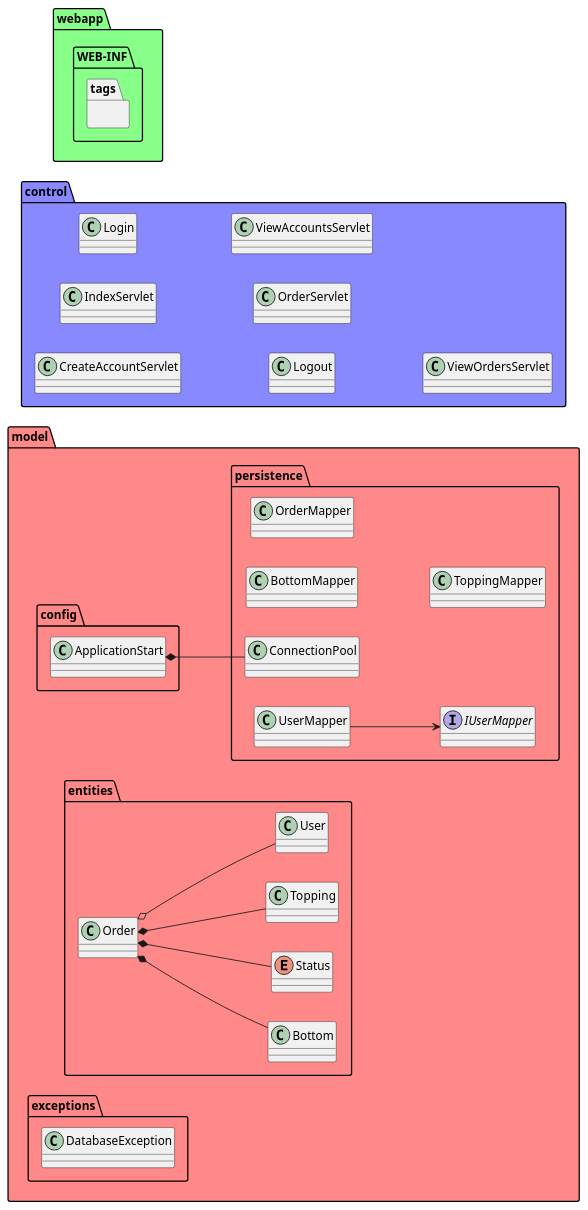
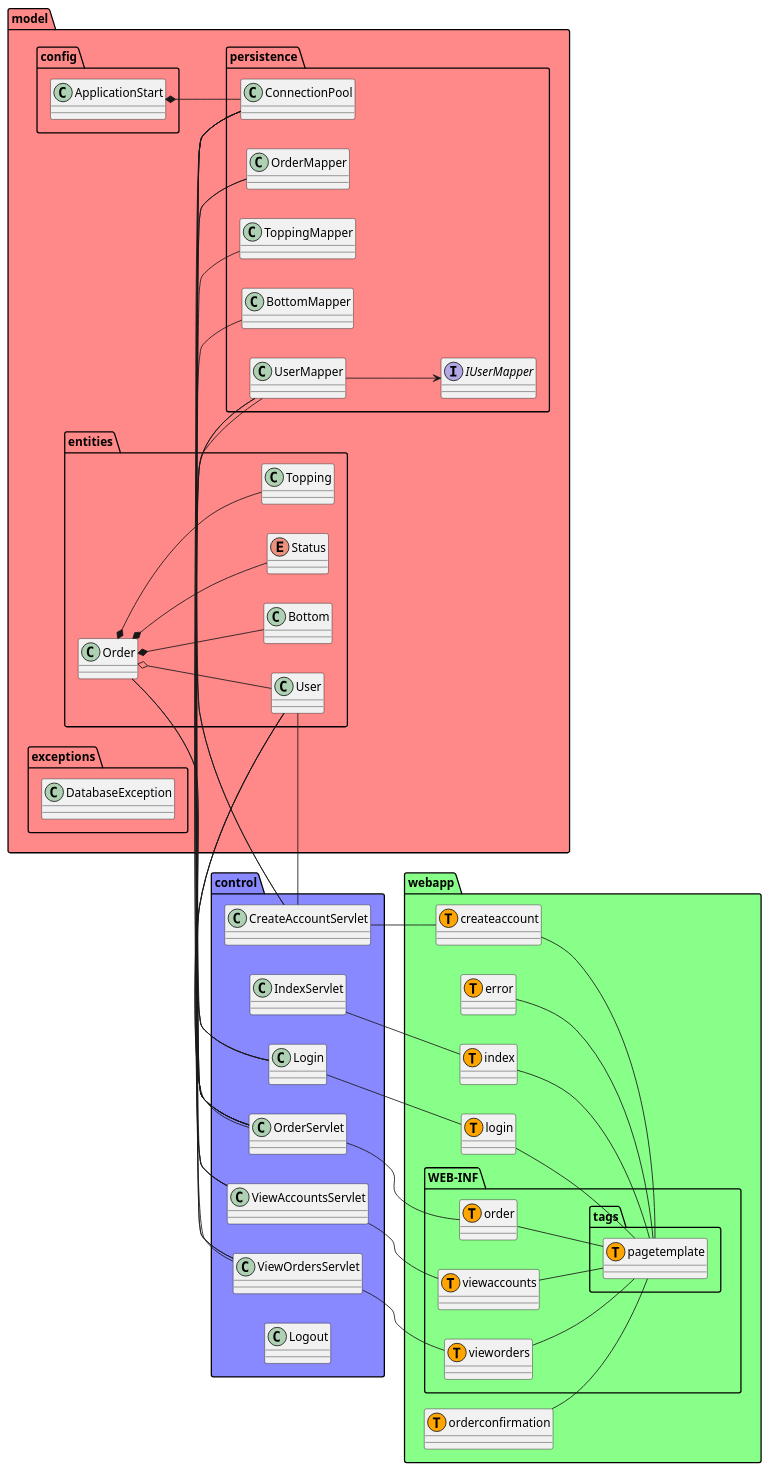
One commit to DeRp-DaWg/CupcakeProjekt changed the diagram in documentation/Domænemodel.puml. Above: the diagram before and after it, drawn with PlantUML. The commit also changed 8 other files, not shown here.

```diff
--- a/documentation/Domænemodel.puml
+++ b/documentation/Domænemodel.puml
@@ -1,71 +1,120 @@
 @startuml
 'https://plantuml.com/class-diagram
 left to right direction
 package model #FF8888 {
     package config {
         class ApplicationStart {
         }
     }
     package entities {
         class Bottom {
         }
         class Order {
         }
         enum Status {
         }
         class Topping {
         }
         class User {
         }
         Order *-- Topping
         Order *-- Bottom
         Order *-- Status
         Order o-- User
     }
     package exceptions {
         class DatabaseException {
         }
     }
     package persistence {
         class BottomMapper {
         }
         class ConnectionPool {
         }
         interface IUserMapper {
         }
         class OrderMapper {
         }
         class ToppingMapper {
         }
         class UserMapper {
         }
         UserMapper --> IUserMapper
     }
     ApplicationStart *-- ConnectionPool
 }
 
 package webapp #88FF88 {
     package WEB-INF {
         package tags {
+            class pagetemplate << (T, orange) >>
         }
+        class order << (T, orange) >>
+        class viewaccounts << (T, orange) >>
+        class vieworders << (T, orange) >>
     }
+    class createaccount << (T, orange) >>
+    class error << (T, orange) >>
+    class index << (T, orange) >>
+    class login << (T, orange) >>
+    class orderconfirmation << (T, orange) >>
 }
 
 package control #8888FF {
     class CreateAccountServlet {
     }
     class IndexServlet {
     }
     class Login {
     }
     class Logout {
     }
     class OrderServlet {
     }
     class ViewAccountsServlet {
     }
     class ViewOrdersServlet {
     }
 }
 
+order -- pagetemplate
+viewaccounts -- pagetemplate
+vieworders -- pagetemplate
+createaccount -- pagetemplate
+error -- pagetemplate
+index -- pagetemplate
+login -- pagetemplate
+orderconfirmation -- pagetemplate
+
+Login -- login
+CreateAccountServlet -- createaccount
+IndexServlet -- index
+
+OrderServlet -- order
+ViewAccountsServlet -- viewaccounts
+ViewOrdersServlet -- vieworders
+
+ConnectionPool - OrderServlet
+OrderMapper - OrderServlet
+ToppingMapper - OrderServlet
+BottomMapper - OrderServlet
+Order - OrderServlet
+User - OrderServlet
+
+ConnectionPool - Login
+UserMapper - Login
+User - Login
+
+ConnectionPool - CreateAccountServlet
+UserMapper - CreateAccountServlet
+User - CreateAccountServlet
+
+ConnectionPool - ViewAccountsServlet
+UserMapper - ViewAccountsServlet
+User - ViewAccountsServlet
+
+ConnectionPool - ViewOrdersServlet
+OrderMapper - ViewOrdersServlet
+Order - ViewOrdersServlet
+
 @enduml
```
